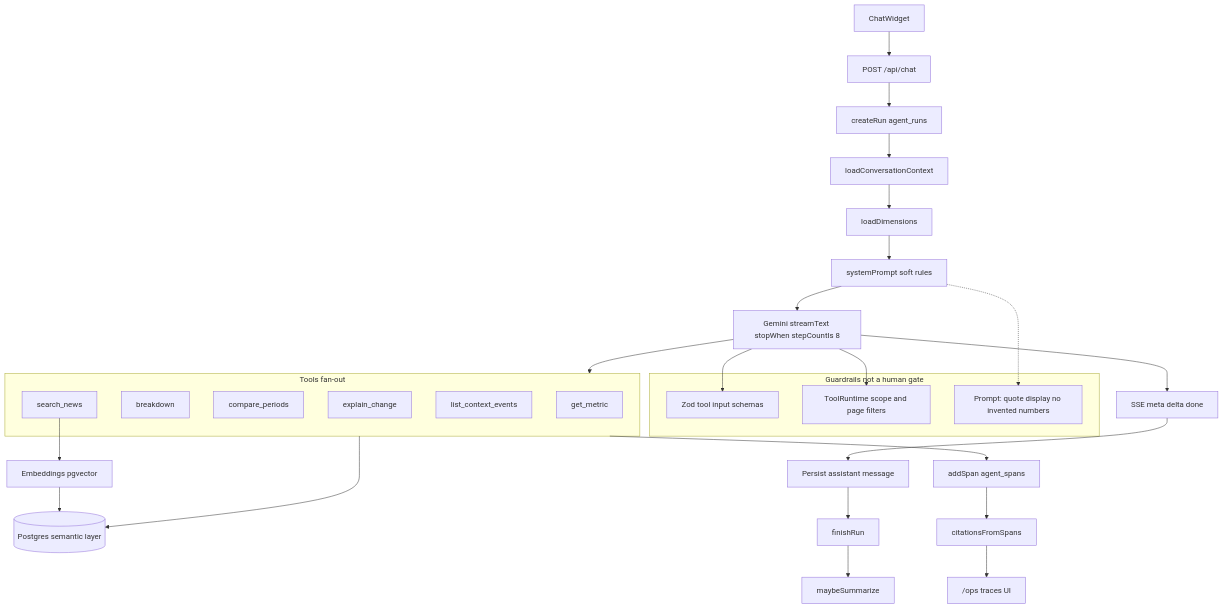
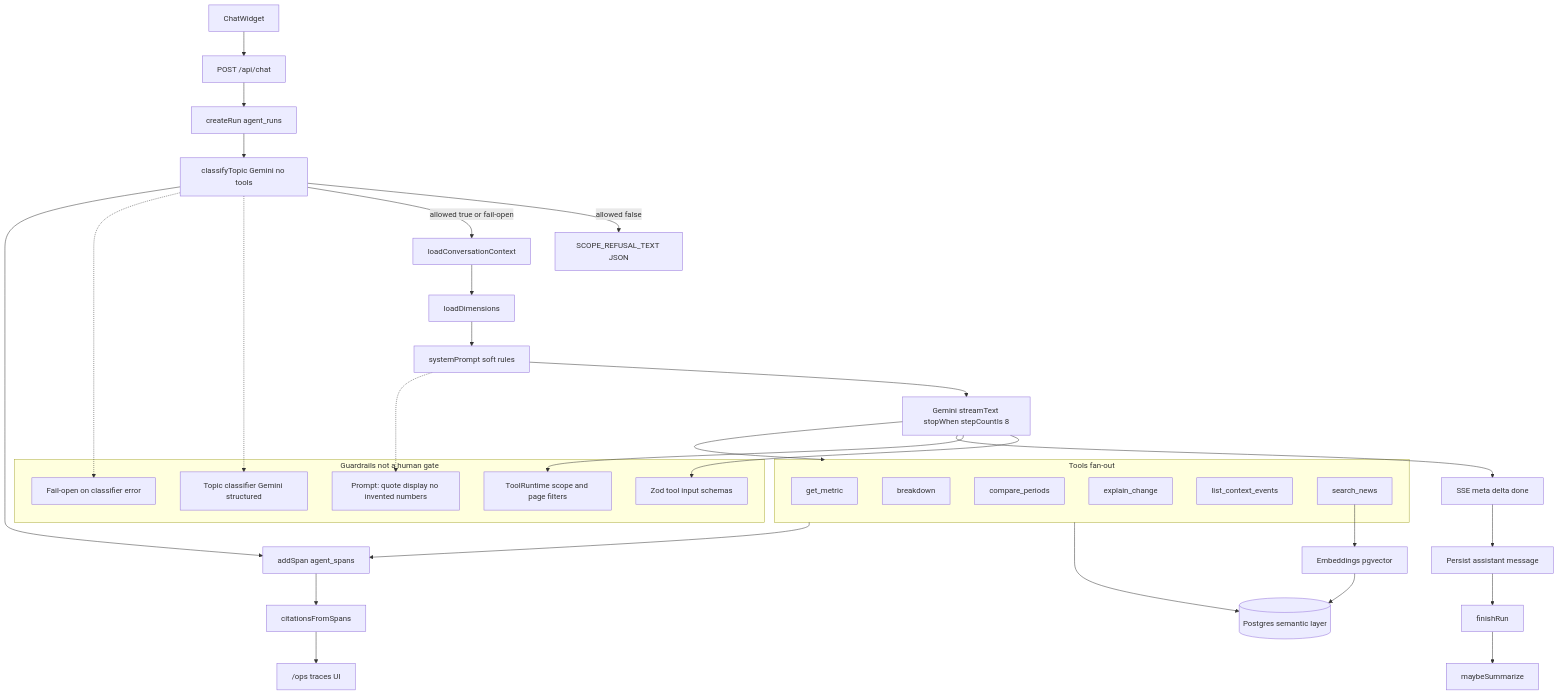
The first of 3 diagrams in diagrams/ARCHITECTURE.md (amit-lekhak/sales-diagnostics-agent), drawn with Mermaid before and after one commit. The commit also changed other lines of this file and 7 other files, not shown here.

Commit message:
feat: enhance sales diagnostics agent with topic classification and refusal handling

````diff
--- a/diagrams/ARCHITECTURE.md
+++ b/diagrams/ARCHITECTURE.md
@@ -7,49 +7,58 @@
 ```mermaid
 flowchart TD
   User[ChatWidget]
   API["POST /api/chat"]
   Run[createRun agent_runs]
+  Guard["classifyTopic Gemini no tools"]
+  Refuse[SCOPE_REFUSAL_TEXT JSON]
   Ctx[loadConversationContext]
   Dim[loadDimensions]
   Prompt[systemPrompt soft rules]
   Loop["Gemini streamText stopWhen stepCountIs 8"]
 
   User --> API
   API --> Run
-  Run --> Ctx
+  Run --> Guard
+  Guard -->|allowed false| Refuse
+  Guard -->|allowed true or fail-open| Ctx
   Ctx --> Dim
   Dim --> Prompt
   Prompt --> Loop
 
   subgraph guardrails [Guardrails not a human gate]
+    TopicLLM[Topic classifier Gemini structured]
+    FailOpen[Fail-open on classifier error]
     Zod[Zod tool input schemas]
     Scope[ToolRuntime scope and page filters]
     PromptRules[Prompt: quote display no invented numbers]
   end
 
+  Guard -.-> TopicLLM
+  Guard -.-> FailOpen
   Prompt -.-> PromptRules
   Loop --> Zod
   Loop --> Scope
 
   subgraph tools [Tools fan-out]
     T1[get_metric]
     T2[breakdown]
     T3[compare_periods]
     T4[explain_change]
     T5[list_context_events]
     T6[search_news]
   end
 
   Loop --> tools
   tools --> PG[(Postgres semantic layer)]
   T6 --> Emb[Embeddings pgvector]
   Emb --> PG
 
   tools --> Spans[addSpan agent_spans]
+  Guard --> Spans
   Loop --> SSE[SSE meta delta done]
   SSE --> Persist[Persist assistant message]
   Persist --> Finish[finishRun]
   Finish --> Sum[maybeSummarize]
   Spans --> Cite[citationsFromSpans]
   Cite --> Ops["/ops traces UI"]
 ```
````
